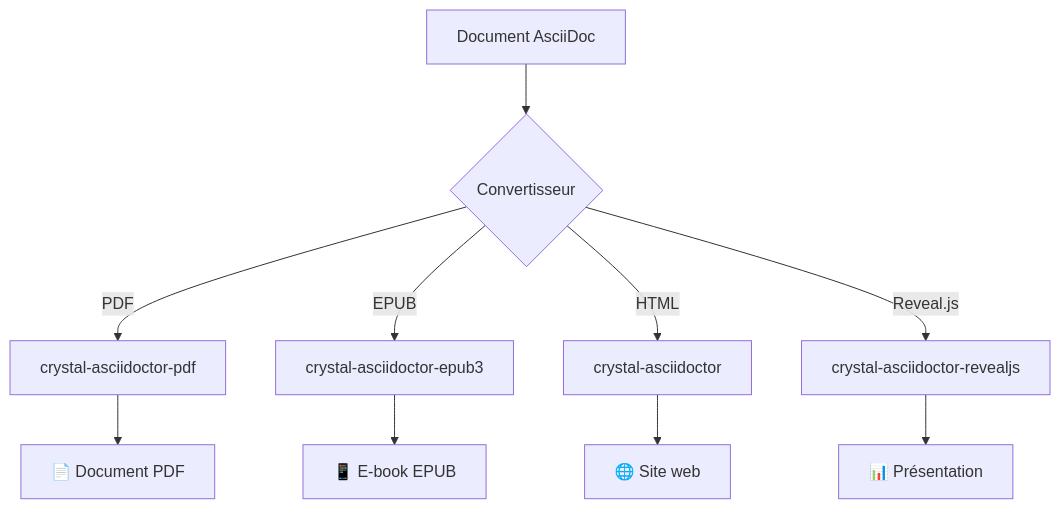
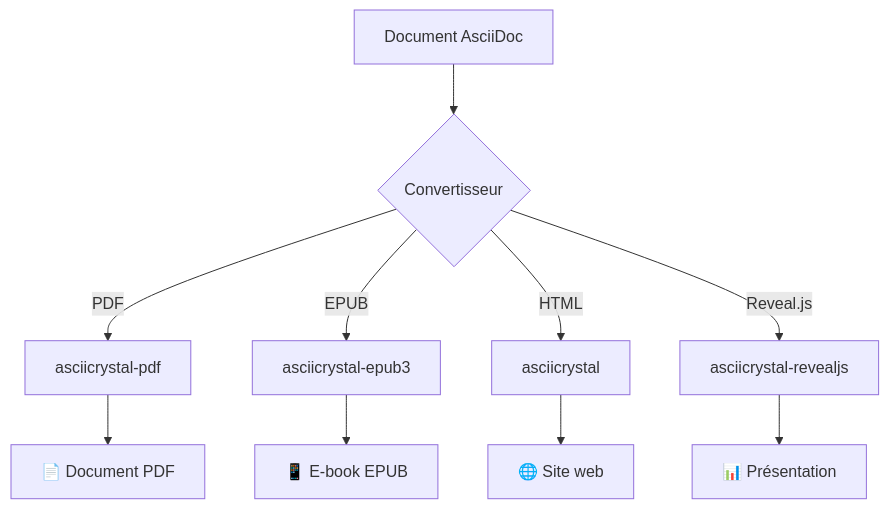
Before and after one commit to aloli-crystal/asciicrystal-epub3: the second of 2 diagrams in data/samples/reference.adoc, drawn with Mermaid. The commit also changed other lines of this file and 25 other files, not shown here.

First line of the commit message:
Renomme crystal-asciidoctor-epub3 en asciicrystal-epub3 + module AsciidoctorEpub→AsciicrystalEpub

```diff
--- a/data/samples/reference.adoc
+++ b/data/samples/reference.adoc
@@ -421,13 +421,13 @@
 [mermaid, format=svg]
 ----
 graph TD
     A[Document AsciiDoc] --> B{Convertisseur}
-    B -->|PDF| C[crystal-asciidoctor-pdf]
-    B -->|EPUB| D[crystal-asciidoctor-epub3]
-    B -->|HTML| E[crystal-asciidoctor]
-    B -->|Reveal.js| F[crystal-asciidoctor-revealjs]
+    B -->|PDF| C[asciicrystal-pdf]
+    B -->|EPUB| D[asciicrystal-epub3]
+    B -->|HTML| E[asciicrystal]
+    B -->|Reveal.js| F[asciicrystal-revealjs]
     C --> G[📄 Document PDF]
     D --> H[📱 E-book EPUB]
     E --> I[🌐 Site web]
     F --> J[📊 Présentation]
 ----
```
